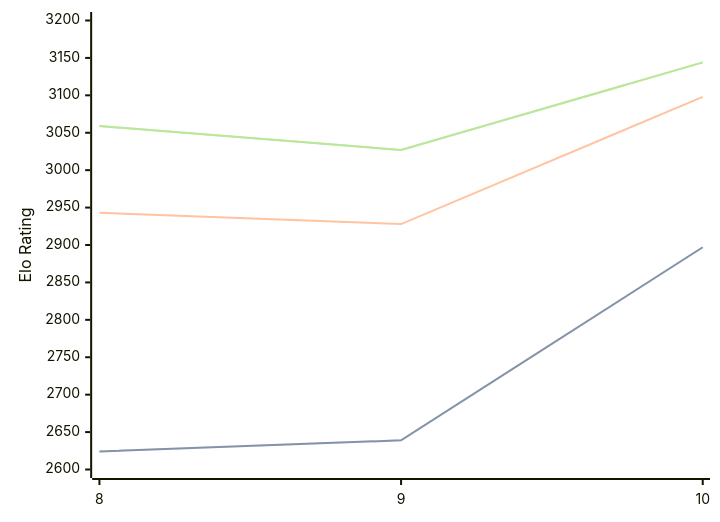
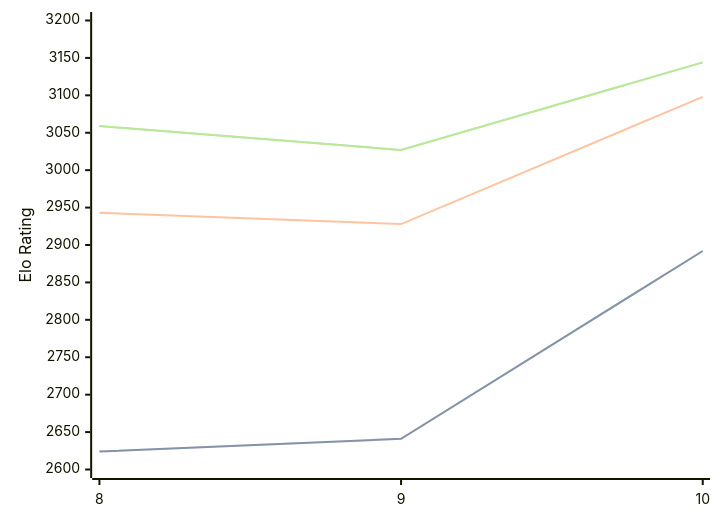
Before and after one commit to computer-chess-index/cci: the diagram in engines/Lozza.md, drawn with Mermaid. The commit also changed other lines of this file, not shown here.

````diff
--- a/engines/Lozza.md
+++ b/engines/Lozza.md
@@ -41,11 +41,11 @@
 ```mermaid
 %%{init: {"theme":"base","themeVariables":{"seriesColors:['#a3a3a3','#222221','#faa371']}}}%%
 xychart-beta
   x-axis ["8", "9", "10"]
   y-axis "Elo Rating" 2600 --> 3200
-  line "STC (8.0+0.08s)" [2624, 2639, 2897]
-  line "STC (8.0+0.08s)" [2624, 2639, 2897]
+  line "STC (8.0+0.08s)" [2624, 2641, 2892]
+  line "STC (8.0+0.08s)" [2624, 2641, 2892]
   line "LTC (60.0+0.60s)" [2943, 2928, 3098]
   line "VLTC (2m24s+1.12s)" [3059, 3027, 3144]
   line "VLTC (2m24s+1.12s)" [3059, 3027, 3144]
 ```
````
